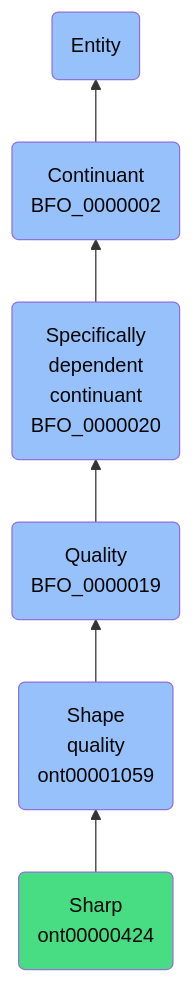
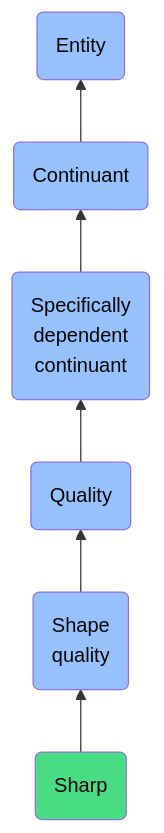
One commit to jupyter-naas/abi changed the diagram in docs/ontology/reference/model/Entity/Continuant/Specifically dependent continuant/Quality/Shape quality/Sharp/Sharp.md. Above: the diagram before and after it, drawn with Mermaid. The commit also changed other lines of this file and 1430 other files, not shown here.

````diff
--- a/docs/ontology/reference/model/Entity/Continuant/Specifically dependent continuant/Quality/Shape quality/Sharp/Sharp.md
+++ b/docs/ontology/reference/model/Entity/Continuant/Specifically dependent continuant/Quality/Shape quality/Sharp/Sharp.md
@@ -24,13 +24,13 @@
 ```mermaid
 graph BT
-    ont00000424(Sharp<br>ont00000424):::ABI-->ont00001059
-    ont00001059(Shape<br>quality<br>ont00001059):::BFO-->BFO_0000019
-    BFO_0000019(Quality<br>BFO_0000019):::BFO-->BFO_0000020
-    BFO_0000020(Specifically<br>dependent<br>continuant<br>BFO_0000020):::BFO-->BFO_0000002
-    BFO_0000002(Continuant<br>BFO_0000002):::BFO-->BFO_0000001
+    ont00000424(Sharp):::ABI-->ont00001059
+    ont00001059(Shape<br>quality):::BFO-->BFO_0000019
+    BFO_0000019(Quality):::BFO-->BFO_0000020
+    BFO_0000020(Specifically<br>dependent<br>continuant):::BFO-->BFO_0000002
+    BFO_0000002(Continuant):::BFO-->BFO_0000001
     BFO_0000001(Entity):::BFO
     
     classDef BFO fill:#97c1fb,color:#060606
     classDef CCO fill:#e4c51e,color:#060606
     classDef ABI fill:#48DD82,color:#060606
 ```
````
